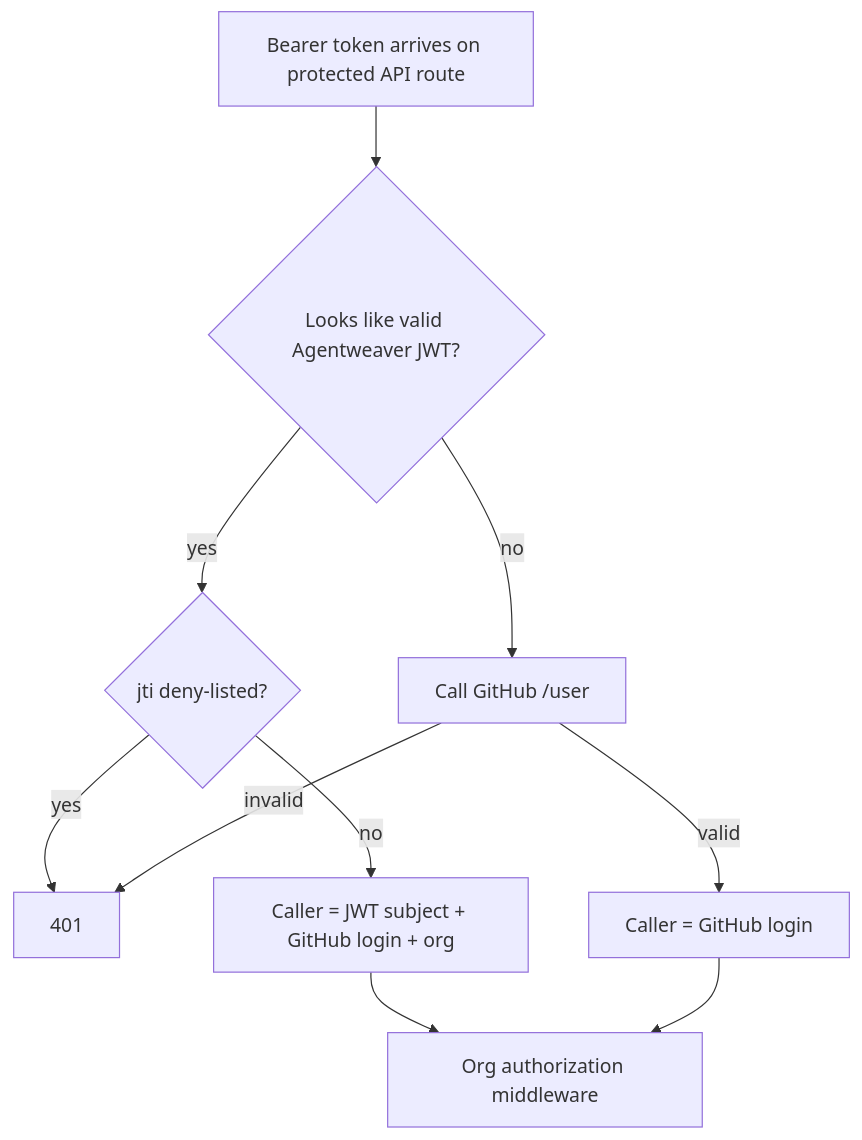
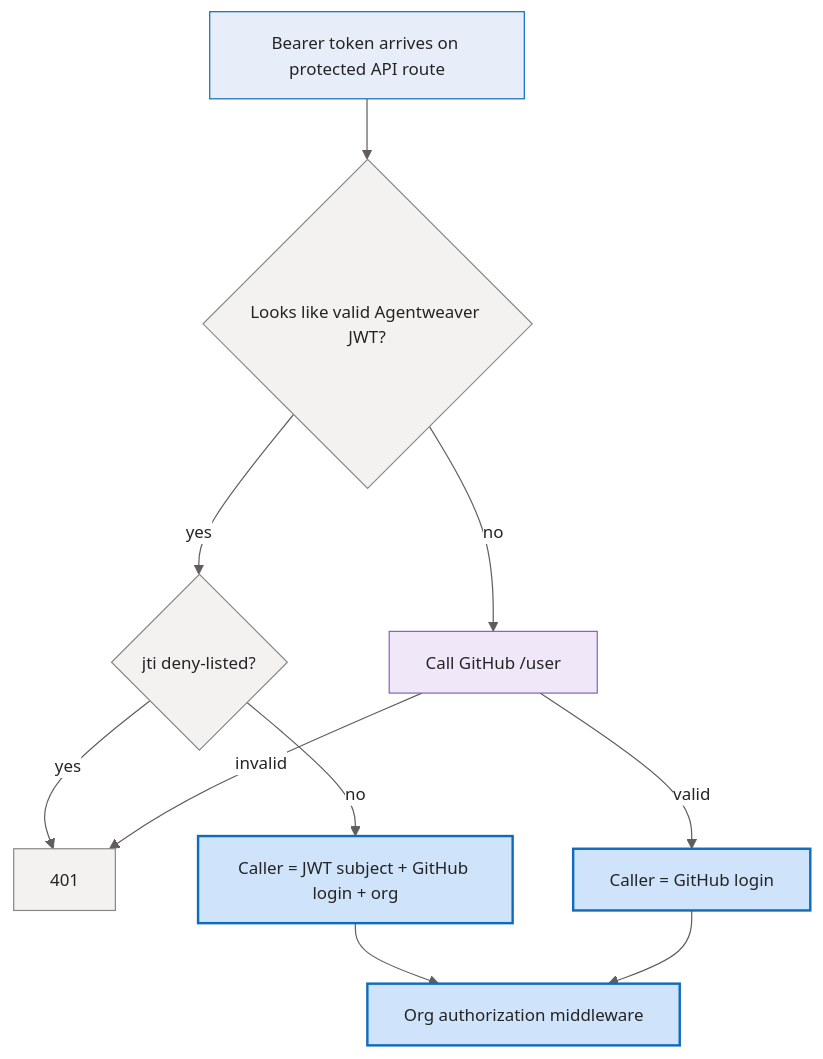
The third of 6 diagrams in docs/deep-dive/auth-security.md (sabbour/agentweaver), drawn with Mermaid before and after one commit. The commit also changed other lines of this file and 13 other files, not shown here.

````diff
--- a/docs/deep-dive/auth-security.md
+++ b/docs/deep-dive/auth-security.md
@@ -122,12 +191,26 @@
 ```mermaid
+%%{init: {'theme':'base','themeVariables':{'fontFamily':'Segoe UI, system-ui, -apple-system, sans-serif','fontSize':'14px','primaryColor':'#E8EEF9','primaryBorderColor':'#0F6CBD','primaryTextColor':'#242424','lineColor':'#605E5C','clusterBkg':'#FAF9F8','clusterBorder':'#D2D0CE','edgeLabelBackground':'#FFFFFF'}}}%%
 flowchart TD
     A[Bearer token arrives on protected API route] --> B{Looks like valid Agentweaver JWT?}
     B -- yes --> C{jti deny-listed?}
     C -- yes --> X[401]
     C -- no --> D[Caller = JWT subject + GitHub login + org]
     B -- no --> E[Call GitHub /user]
     E -- valid --> F[Caller = GitHub login]
     E -- invalid --> X
     D --> G[Org authorization middleware]
     F --> G
+
+    classDef client fill:#E8EEF9,stroke:#0F6CBD,stroke-width:1px,color:#242424;
+    classDef svc fill:#F3F2F1,stroke:#8A8886,stroke-width:1px,color:#242424;
+    classDef core fill:#CFE4FA,stroke:#0F6CBD,stroke-width:2px,color:#242424;
+    classDef data fill:#FFF4CE,stroke:#C19C00,stroke-width:1px,color:#242424;
+    classDef ext fill:#F0E8F8,stroke:#8764B8,stroke-width:1px,color:#242424;
+    classDef runtime fill:#DDF3DD,stroke:#107C10,stroke-width:1px,color:#242424;
+    classDef evt fill:#D6F0F0,stroke:#038387,stroke-width:1px,color:#242424;
+
+    class A client;
+    class B,C,X svc;
+    class D,F,G core;
+    class E ext;
 ```
````
